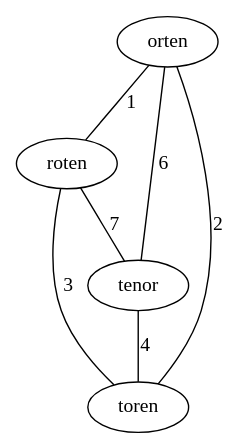
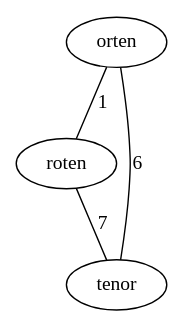
The diagram in output/dot/DE_orten.dot (increpare/Galaktisches_Etymologieforschungsinstitut), drawn with Graphviz before and after one commit. The commit also changed 13 other files, not shown here.

```diff
--- a/output/dot/DE_orten.dot
+++ b/output/dot/DE_orten.dot
@@ -1,8 +1,5 @@
 graph {
 	orten -- roten [ label="1" ];
 	orten -- tenor [ label="6" ];
-	orten -- toren [ label="2" ];
 	roten -- tenor [ label="7" ];
-	roten -- toren [ label="3" ];
-	tenor -- toren [ label="4" ];
 }
```
